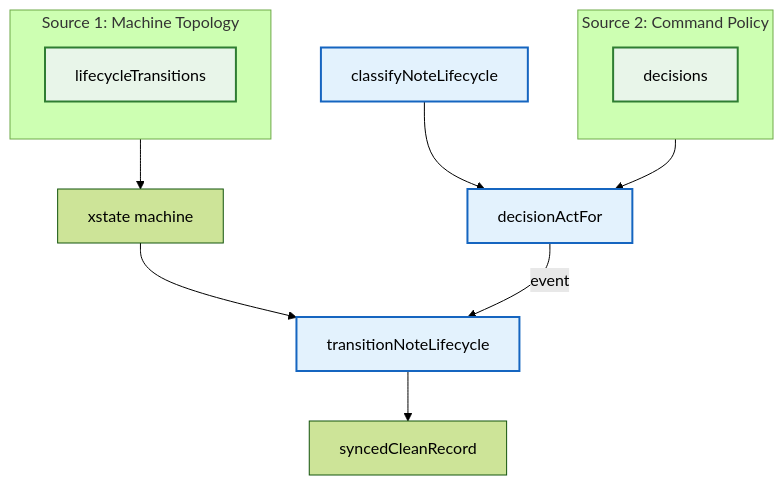
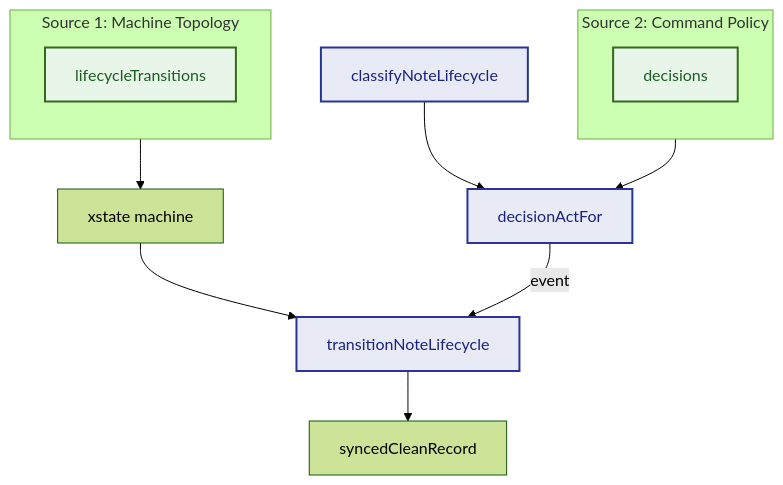
Before and after one commit to Karol-Szykula/AnkiPalace: the sixth of 6 diagrams in docs/state-machine.md, drawn with Mermaid (forest theme). The commit also changed other lines of this file and 2 other files, not shown here.

````diff
--- a/docs/state-machine.md
+++ b/docs/state-machine.md
@@ -352,27 +352,27 @@
 ```mermaid
 flowchart TB
   subgraph SRC1["Source 1: Machine Topology"]
     direction TB
     LT["lifecycleTransitions"]
   end
   subgraph SRC2["Source 2: Command Policy"]
     direction TB
     DT["decisions"]
   end
 
   LT --> XSTATE["xstate machine"]
   XSTATE --> TRANSIT["transitionNoteLifecycle"]
 
   DT --> DECIDE["decisionActFor"]
   DECIDE -->|event| TRANSIT
 
   CLASSIFY["classifyNoteLifecycle"] --> DECIDE
   TRANSIT --> LEDGER["syncedCleanRecord"]
 
-  classDef src fill:#e8f5e9,stroke:#2e7d32,stroke-width:2px;
-  classDef derived fill:#fff3e0,stroke:#ef6c00,stroke-width:2px;
-  classDef runtime fill:#e3f2fd,stroke:#1565c0,stroke-width:2px;
+  classDef src fill:#e8f5e9,stroke:#33691e,stroke-width:2px,color:#1b5e20;
+  classDef derived fill:#fff8e1,stroke:#f57c00,stroke-width:2px,color:#e65100;
+  classDef runtime fill:#e8eaf6,stroke:#283593,stroke-width:2px,color:#1a237e;
   class LT,DT src;
   class DECIDE derived;
   class CLASSIFY,DECIDE,TRANSIT runtime;
 ```
````
